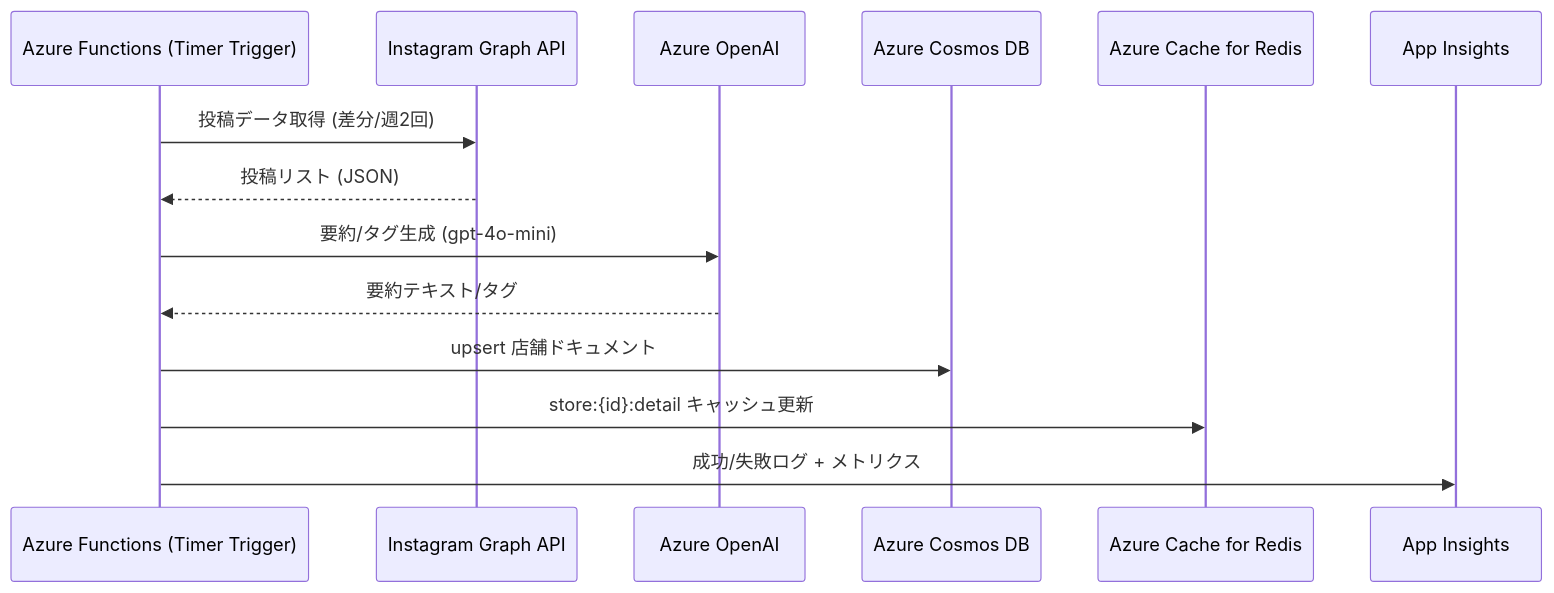
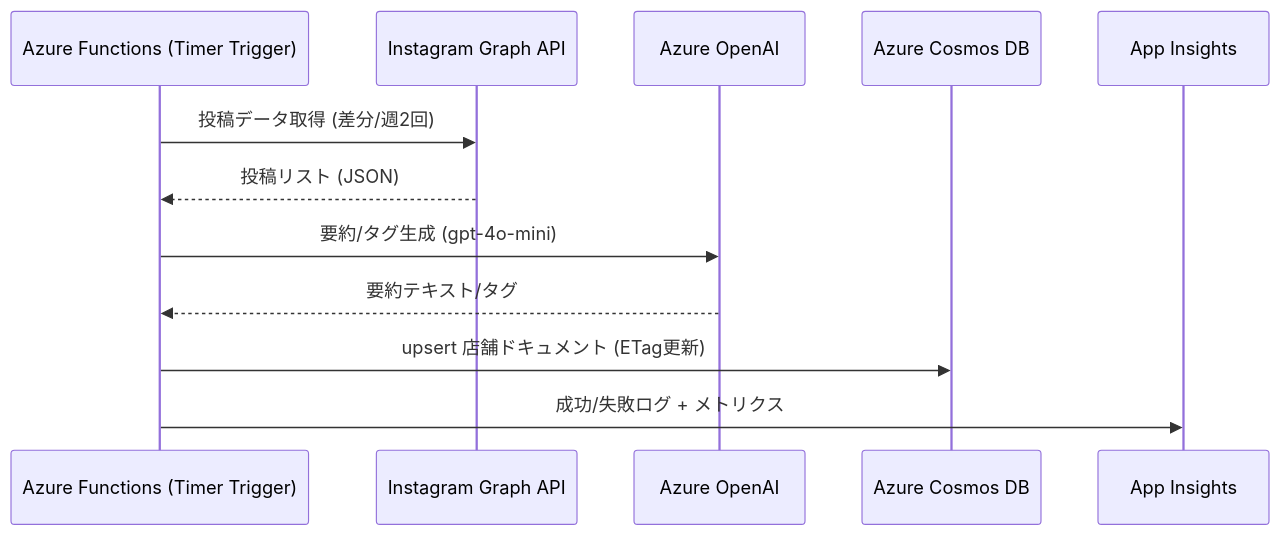
Before and after one commit to yusuke-sa/cafe-mapping: the diagram in docs/blueprint/dataflow/DataFlow_SNS_AI.md, drawn with Mermaid. The commit also changed other lines of this file and 13 other files, not shown here.

````diff
--- a/docs/blueprint/dataflow/DataFlow_SNS_AI.md
+++ b/docs/blueprint/dataflow/DataFlow_SNS_AI.md
@@ -10,17 +10,15 @@
 ```mermaid
 sequenceDiagram
     participant TimerFn as Azure Functions (Timer Trigger)
     participant IGAPI as Instagram Graph API
     participant OpenAI as Azure OpenAI
     participant Cosmos as Azure Cosmos DB
-    participant Redis as Azure Cache for Redis
     participant Monitor as App Insights
 
     TimerFn->>IGAPI: 投稿データ取得 (差分/週2回)
     IGAPI-->>TimerFn: 投稿リスト (JSON)
     TimerFn->>OpenAI: 要約/タグ生成 (gpt-4o-mini)
     OpenAI-->>TimerFn: 要約テキスト/タグ
-    TimerFn->>Cosmos: upsert 店舗ドキュメント
-    TimerFn->>Redis: store:{id}:detail キャッシュ更新
+    TimerFn->>Cosmos: upsert 店舗ドキュメント (ETag更新)
     TimerFn->>Monitor: 成功/失敗ログ + メトリクス
 ```
````
